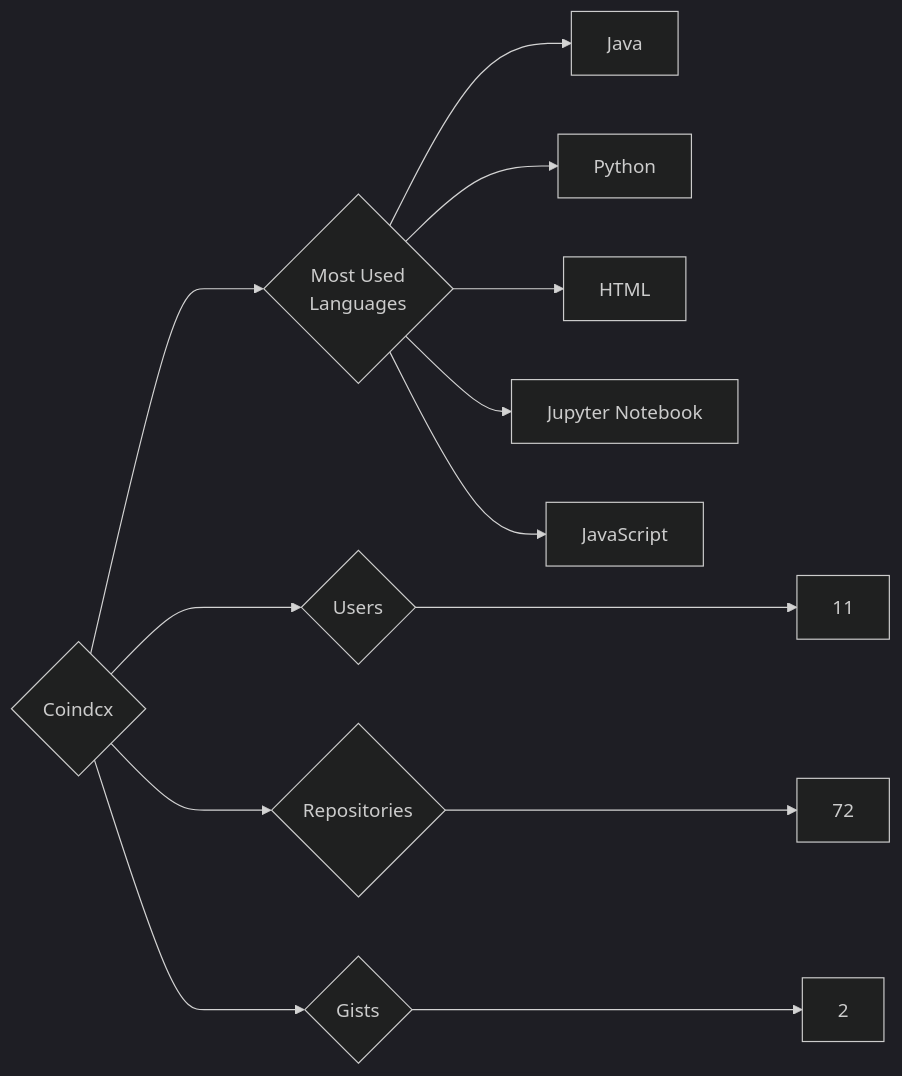
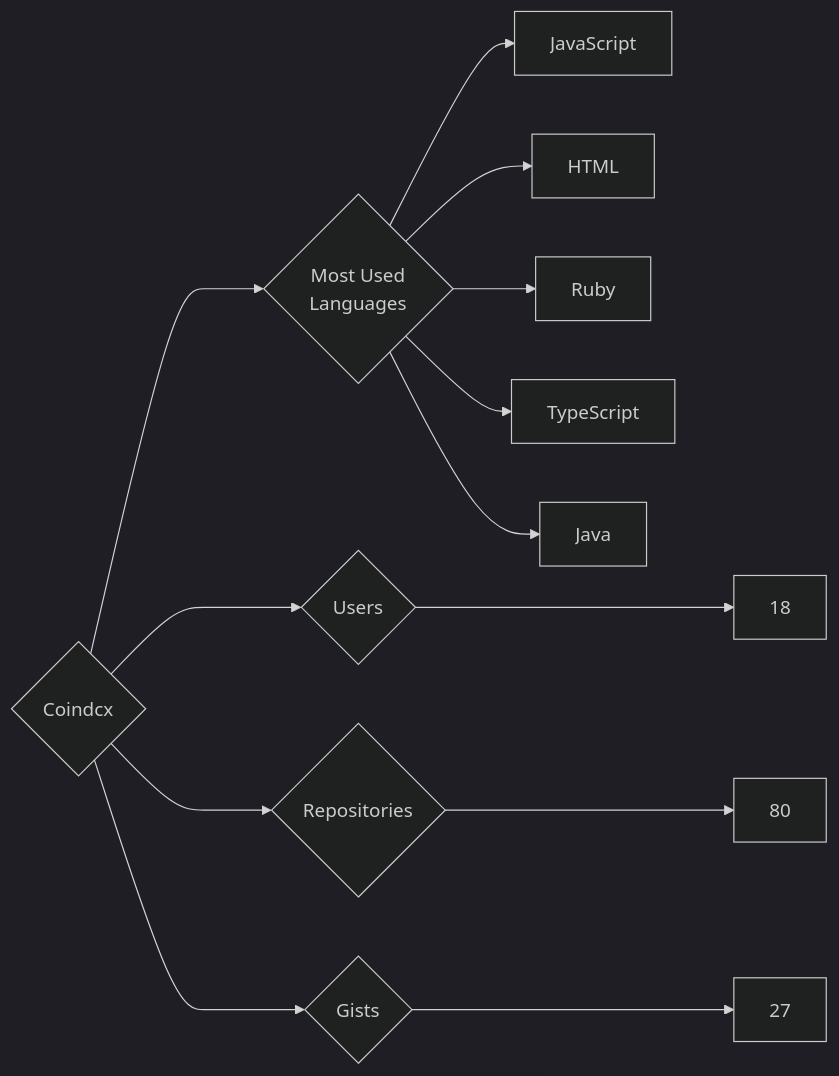
Before and after one commit to trickest/insiders: the diagram in targets/Coindcx/README.md, drawn with Mermaid (dark theme). The commit also changed 872 other files, not shown here.

````diff
--- a/targets/Coindcx/README.md
+++ b/targets/Coindcx/README.md
@@ -3,13 +3,13 @@
 ```mermaid
 graph LR
 COMPANY_NAME{Coindcx}
-COMPANY_NAME ---> U{Users} ---> UN[11]
-COMPANY_NAME ---> R{Repositories} ---> RN[72]
-COMPANY_NAME ---> G{Gists} ---> GN[2]
+COMPANY_NAME ---> U{Users} ---> UN[18]
+COMPANY_NAME ---> R{Repositories} ---> RN[80]
+COMPANY_NAME ---> G{Gists} ---> GN[27]
 COMPANY_NAME ---> ML{Most Used<br>Languages}
+ML --> JavaScript[JavaScript]
+ML --> HTML[HTML]
+ML --> Ruby[Ruby]
+ML --> TypeScript[TypeScript]
 ML --> Java[Java]
-ML --> Python[Python]
-ML --> HTML[HTML]
-ML --> Jupyter_Notebook[Jupyter Notebook]
-ML --> JavaScript[JavaScript]
 ```
````
